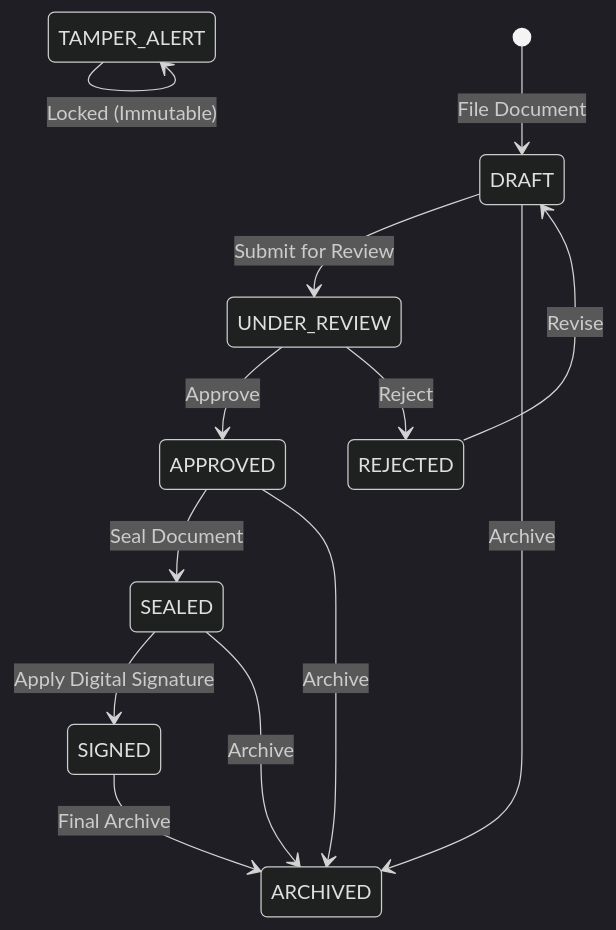
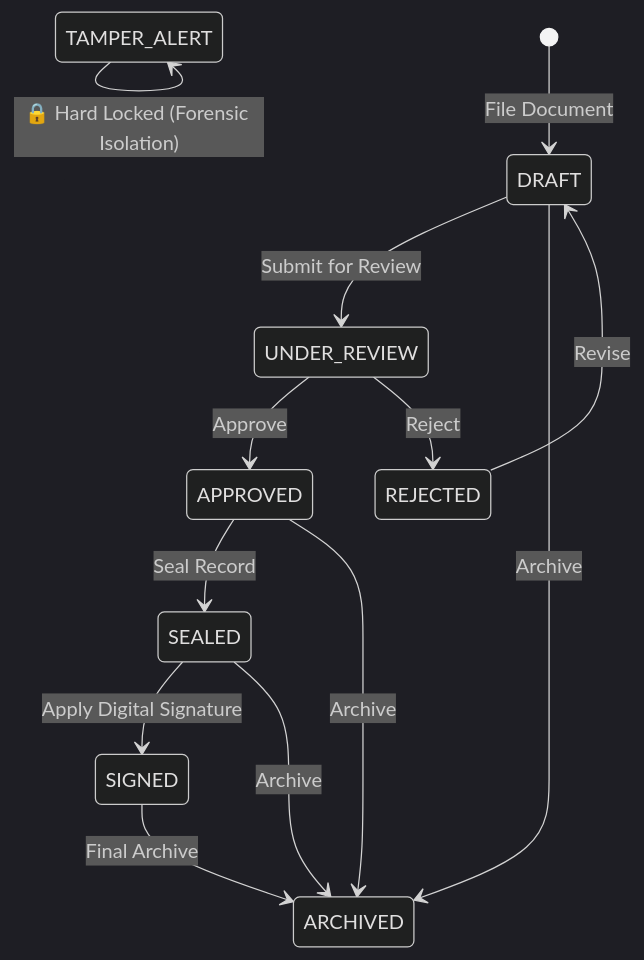
The fourth of 4 diagrams in README.md (pranavkadam-cs/judicator-docs), drawn with Mermaid (dark theme) before and after one commit. The commit also changed other lines of this file and 21 other files, not shown here.

````diff
--- a/README.md
+++ b/README.md
@@ -195,22 +210,15 @@
 ```mermaid
 stateDiagram-v2
     [*] --> DRAFT : File Document
-
     DRAFT --> UNDER_REVIEW : Submit for Review
     DRAFT --> ARCHIVED : Archive
-
     UNDER_REVIEW --> APPROVED : Approve
     UNDER_REVIEW --> REJECTED : Reject
-
-    APPROVED --> SEALED : Seal Document
+    REJECTED --> DRAFT : Revise
+    APPROVED --> SEALED : Seal Record
     APPROVED --> ARCHIVED : Archive
-
-    REJECTED --> DRAFT : Revise
-
     SEALED --> SIGNED : Apply Digital Signature
     SEALED --> ARCHIVED : Archive
-
     SIGNED --> ARCHIVED : Final Archive
-
-    TAMPER_ALERT --> TAMPER_ALERT : Locked (Immutable)
+    TAMPER_ALERT --> TAMPER_ALERT : 🔒 Hard Locked (Forensic Isolation)
 ```
````
